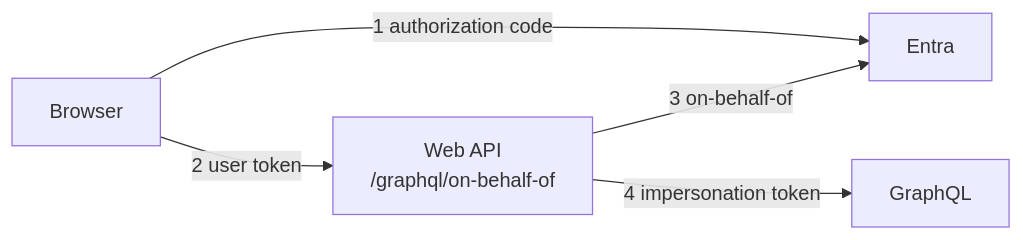
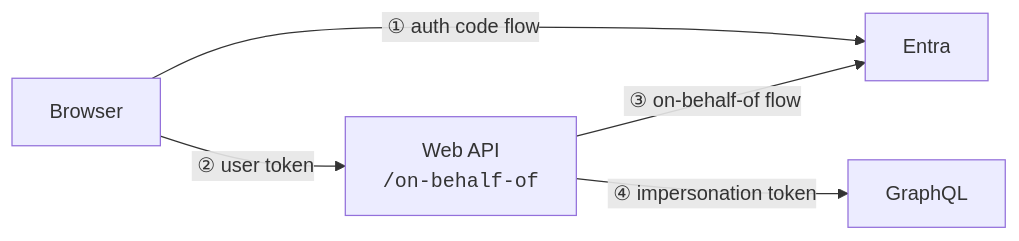
The second of 2 diagrams in README.md (brentellingson/entra-playground), drawn with Mermaid before and after one commit. The commit also changed other lines of this file and 13 other files, not shown here.

````diff
--- a/README.md
+++ b/README.md
@@ -41,13 +41,13 @@
 ```mermaid
 flowchart LR
     Browser
     API["`Web API
-        /graphql/on-behalf-of`"]
+        <code>/on-behalf-of</code>`"]
     Entra
     GraphQL
 
-    Browser -->|1 authorization code| Entra
-    Browser -->|2 user token| API
-    API -->|3 on-behalf-of| Entra
-    API -->|4 impersonation token| GraphQL
+    Browser -->|"&nbsp;① auth code flow"| Entra
+    Browser -->|"&nbsp;② user token"| API
+    API -->|"&nbsp;③ on-behalf-of flow"| Entra
+    API -->|"&nbsp;④ impersonation token"| GraphQL
 ```
````
